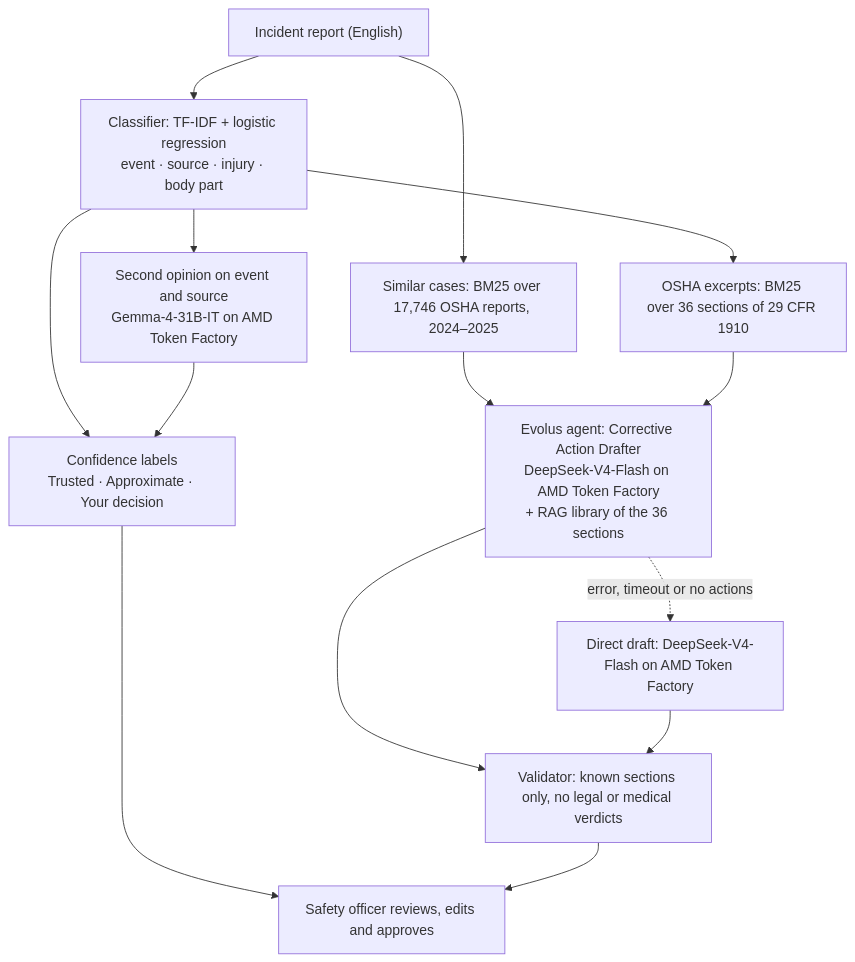
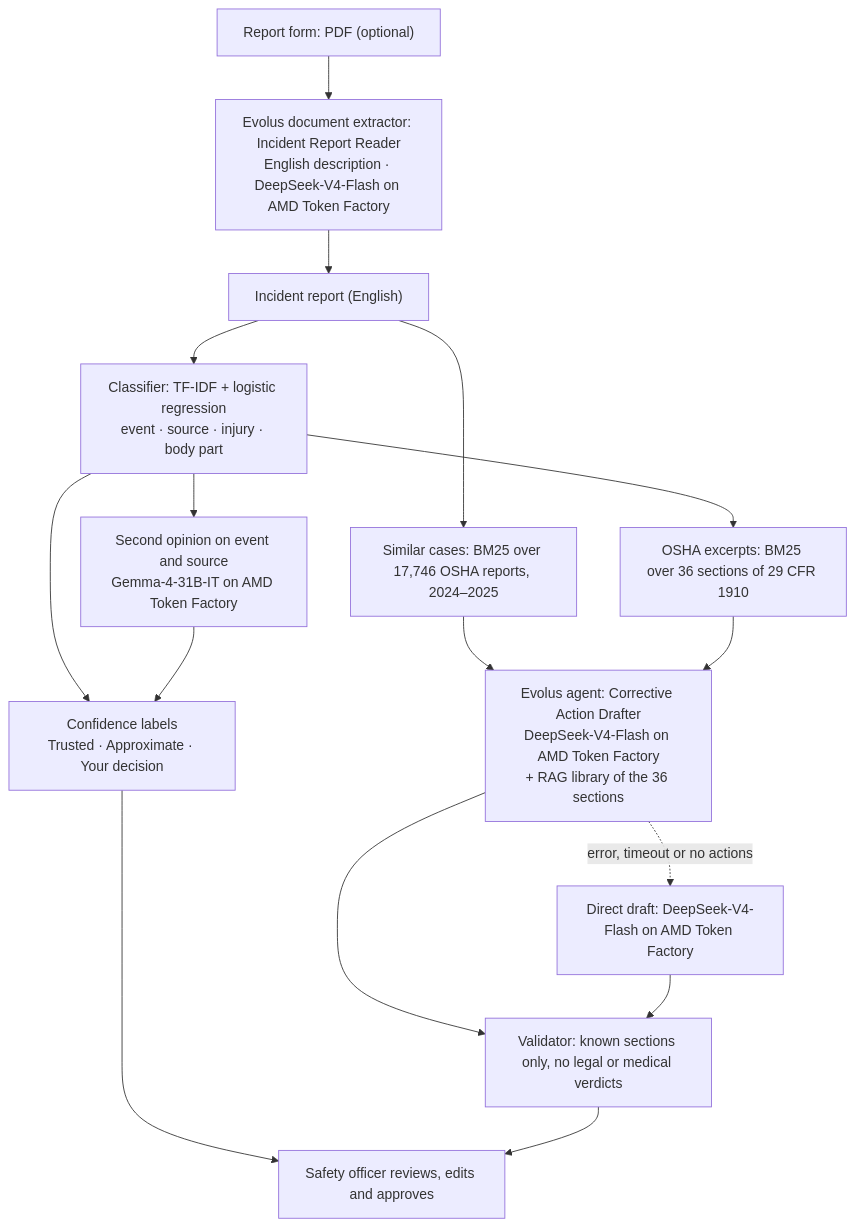
Before and after one commit to aysu-keskin/AMDhackathon: the diagram in README.md, drawn with Mermaid. The commit also changed other lines of this file and 15 other files, not shown here.

First line of the commit message:
Read PDF report forms with our Evolus document extractor

````diff
--- a/README.md
+++ b/README.md
@@ -36,16 +38,18 @@
 ```mermaid
 flowchart TD
+    F["Report form: PDF (optional)"] --> XR["Evolus document extractor: Incident Report Reader<br/>English description · DeepSeek-V4-Flash on AMD Token Factory"]
+    XR --> R
     R["Incident report (English)"] --> C["Classifier: TF-IDF + logistic regression<br/>event · source · injury · body part"]
     R --> S["Similar cases: BM25 over 17,746 OSHA reports, 2024–2025"]
     C --> X["OSHA excerpts: BM25 over 36 sections of 29 CFR 1910"]
     C --> G["Second opinion on event and source<br/>Gemma-4-31B-IT on AMD Token Factory"]
     C --> L["Confidence labels<br/>Trusted · Approximate · Your decision"]
     G --> L
     S --> E["Evolus agent: Corrective Action Drafter<br/>DeepSeek-V4-Flash on AMD Token Factory<br/>+ RAG library of the 36 sections"]
     X --> E
     E -.->|"error, timeout or no actions"| D["Direct draft: DeepSeek-V4-Flash on AMD Token Factory"]
     E --> V["Validator: known sections only, no legal or medical verdicts"]
     D --> V
     L --> O["Safety officer reviews, edits and approves"]
     V --> O
 ```
````
